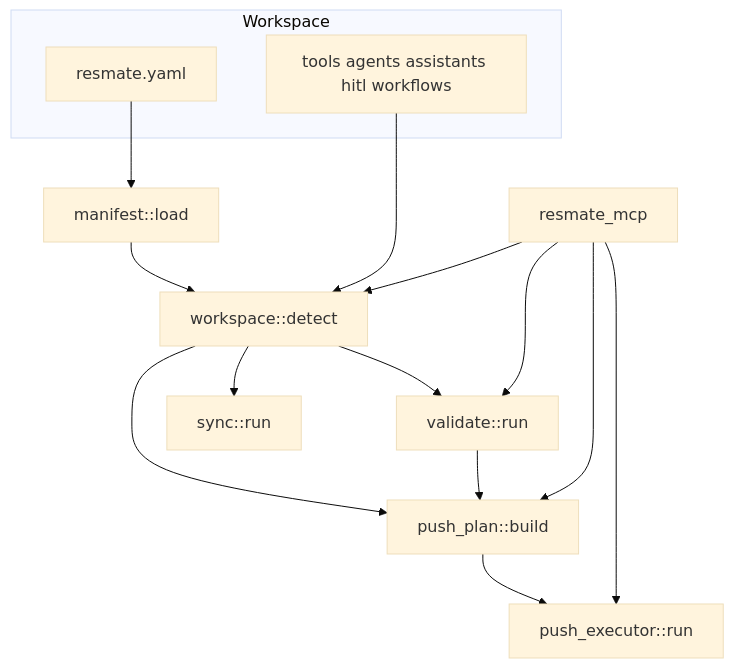
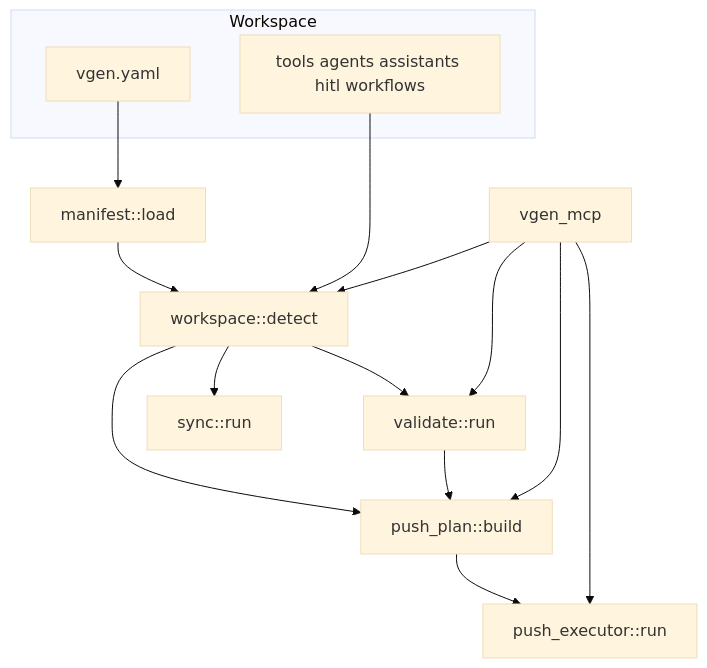
One commit to battikerigayathri/vgen-cli changed the diagram in docs/PHASE2-P1-PLAN.md. Above: the diagram before and after it, drawn with Mermaid (base theme). The commit also changed other lines of this file and 120 other files, not shown here.

Commit message:
changed every occurence of resmate/RESMATE with vgen/VGEN

````diff
--- a/docs/PHASE2-P1-PLAN.md
+++ b/docs/PHASE2-P1-PLAN.md
@@ -130,28 +130,28 @@
 ```mermaid
 flowchart TB
   subgraph inputs [Workspace]
-    M[resmate.yaml]
+    M[vgen.yaml]
     FS[tools agents assistants hitl workflows]
   end
 
   MAN[manifest::load]
   WS[workspace::detect]
   VAL[validate::run]
   PP[push_plan::build]
   PE[push_executor::run]
   SYNC[sync::run]
-  MCP[resmate_mcp]
+  MCP[vgen_mcp]
 
   M --> MAN
   MAN --> WS
   FS --> WS
   WS --> VAL
   WS --> PP
   VAL --> PP
   PP --> PE
   WS --> SYNC
   MCP --> WS
   MCP --> VAL
   MCP --> PP
   MCP --> PE
 ```
````
